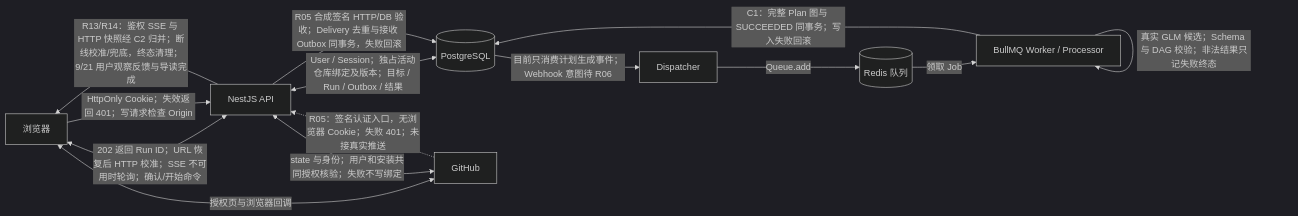
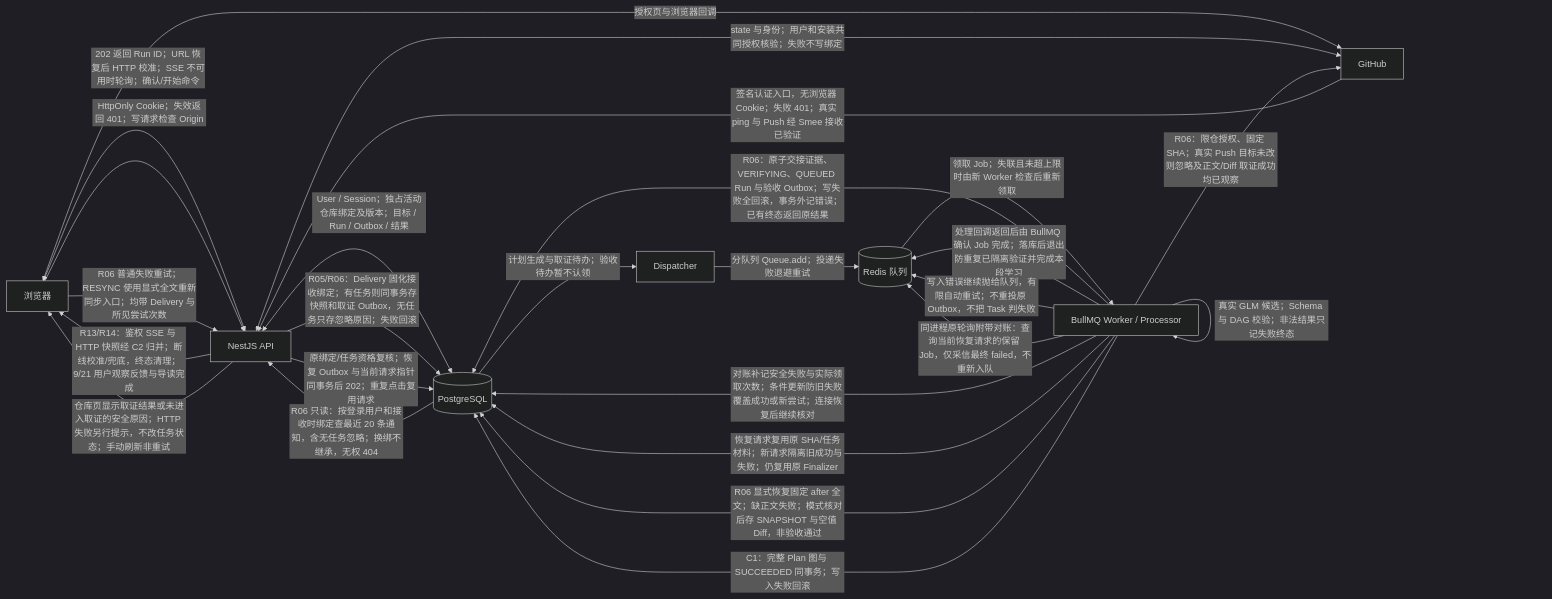
One commit to Gerden31145/KnowledgeOps-Agent changed the diagram in docs/KnowledgeOps-Agent-逐日开发计划.md. Above: the diagram before and after it, drawn with Mermaid (dark theme). The commit also changed other lines of this file and 72 other files, not shown here.

````diff
--- a/docs/KnowledgeOps-Agent-逐日开发计划.md
+++ b/docs/KnowledgeOps-Agent-逐日开发计划.md
@@ -159,16 +159,28 @@
 ```mermaid
 flowchart LR
     Web[浏览器] <-->|202 返回 Run ID；URL 恢复后 HTTP 校准；SSE 不可用时轮询；确认/开始命令| API[NestJS API]
     API -->|R13/R14：鉴权 SSE 与 HTTP 快照经 C2 归并；断线校准/兜底，终态清理；9/21 用户观察反馈与导读完成| Web
     API <-->|User / Session；独占活动仓库绑定及版本；目标 / Run / Outbox / 结果| DB[(PostgreSQL)]
     Web <-->|授权页与浏览器回调| GitHub[GitHub]
     API <-->|state 与身份；用户和安装共同授权核验；失败不写绑定| GitHub
     Web -->|HttpOnly Cookie；失效返回 401；写请求检查 Origin| API
-    GitHub -.->|R05：签名认证入口，无浏览器 Cookie；失败 401；未接真实推送| API
-    API -->|R05 合成签名 HTTP/DB 验收；Delivery 去重与接收 Outbox 同事务，失败回滚| DB
-    DB -->|目前只消费计划生成事件；Webhook 意图待 R06| Dispatcher[Dispatcher]
-    Dispatcher -->|Queue.add| Redis[(Redis 队列)]
-    Redis -->|领取 Job| Worker[BullMQ Worker / Processor]
+    GitHub -->|签名认证入口，无浏览器 Cookie；失败 401；真实 ping 与 Push 经 Smee 接收已验证| API
+    API -->|R05/R06：Delivery 固化接收绑定；有任务则同事务存快照和取证 Outbox，无任务只存忽略原因；失败回滚| DB
+    DB -->|计划生成与取证待办；验收待办暂不认领| Dispatcher[Dispatcher]
+    Dispatcher -->|分队列 Queue.add；投递失败退避重试| Redis[(Redis 队列)]
+    Redis -->|领取 Job；失联且未超上限时由新 Worker 检查后重新领取| Worker[BullMQ Worker / Processor]
+    Worker -->|R06：限仓授权、固定 SHA；真实 Push 目标未改则忽略及正文/Diff 取证成功均已观察| GitHub
+    Worker -->|R06：原子交接证据、VERIFYING、QUEUED Run 与验收 Outbox；写失败全回滚，事务外记错误；已有终态返回原结果| DB
+    Worker -->|处理回调返回后由 BullMQ 确认 Job 完成；落库后退出防重复已隔离验证并完成本段学习| Redis
+    Worker -->|写入错误继续抛给队列，有限自动重试；不重投原 Outbox，不把 Task 判失败| Redis
+    Worker -->|同进程原轮询附带对账：查询当前恢复请求的保留 Job，仅采信最终 failed，不重新入队| Redis
+    Worker -->|对账补记安全失败与实际领取次数；条件更新防旧失败覆盖成功或新尝试；连接恢复后继续核对| DB
+    DB -->|R06 只读：按登录用户和接收时绑定查最近 20 条通知，含无任务忽略；换绑不继承，无权 404| API
+    API -->|仓库页显示取证结果或未进入取证的安全原因；HTTP 失败另行提示，不改任务状态；手动刷新非重试| Web
+    Web -->|R06 普通失败重试；RESYNC 使用显式全文重新同步入口；均带 Delivery 与所见尝试次数| API
+    API -->|原绑定/任务资格复核；恢复 Outbox 与当前请求指针同事务后 202；重复点击复用请求| DB
+    Worker -->|恢复请求复用原 SHA/任务材料；新请求隔离旧成功与失败；仍复用原 Finalizer| DB
+    Worker -->|R06 显式恢复固定 after 全文；缺正文失败；模式核对后存 SNAPSHOT 与空值 Diff，非验收通过| DB
     Worker -->|真实 GLM 候选；Schema 与 DAG 校验；非法结果只记失败终态| Worker
     Worker -->|C1：完整 Plan 图与 SUCCEEDED 同事务；写入失败回滚| DB
 ```
````
